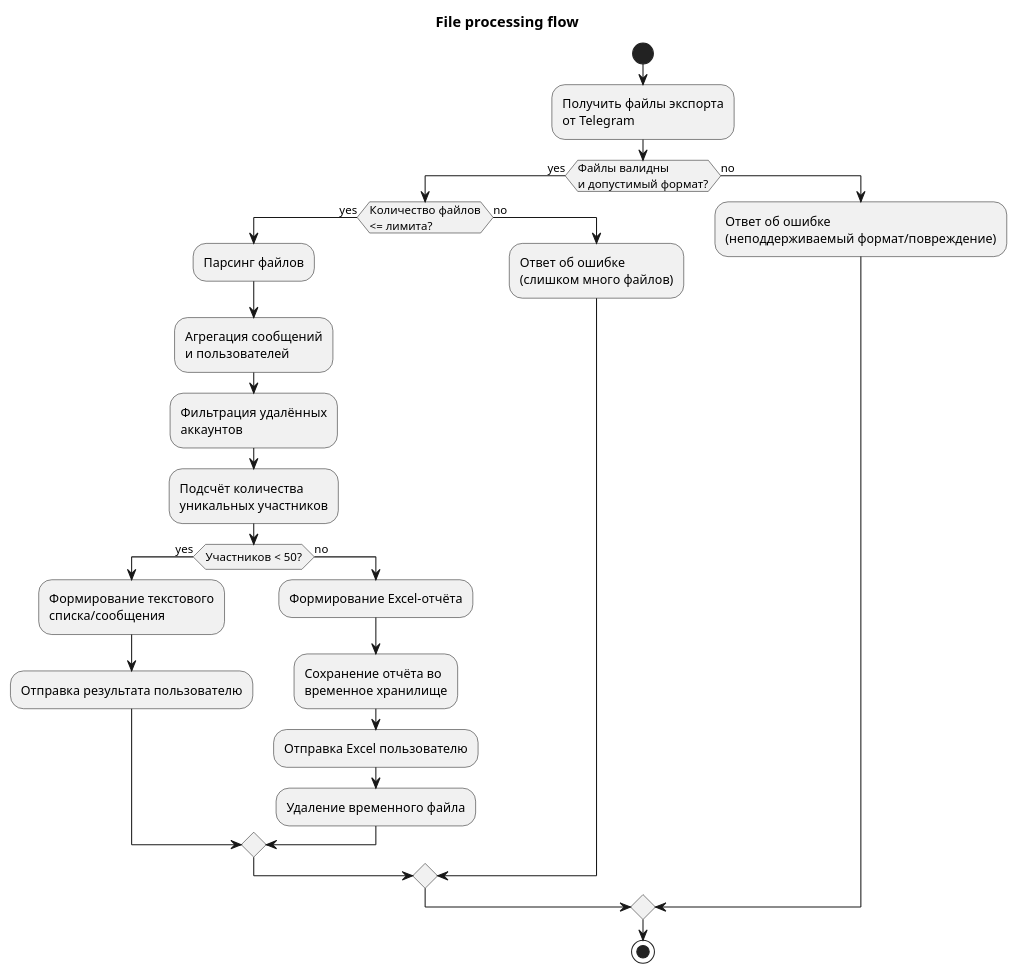
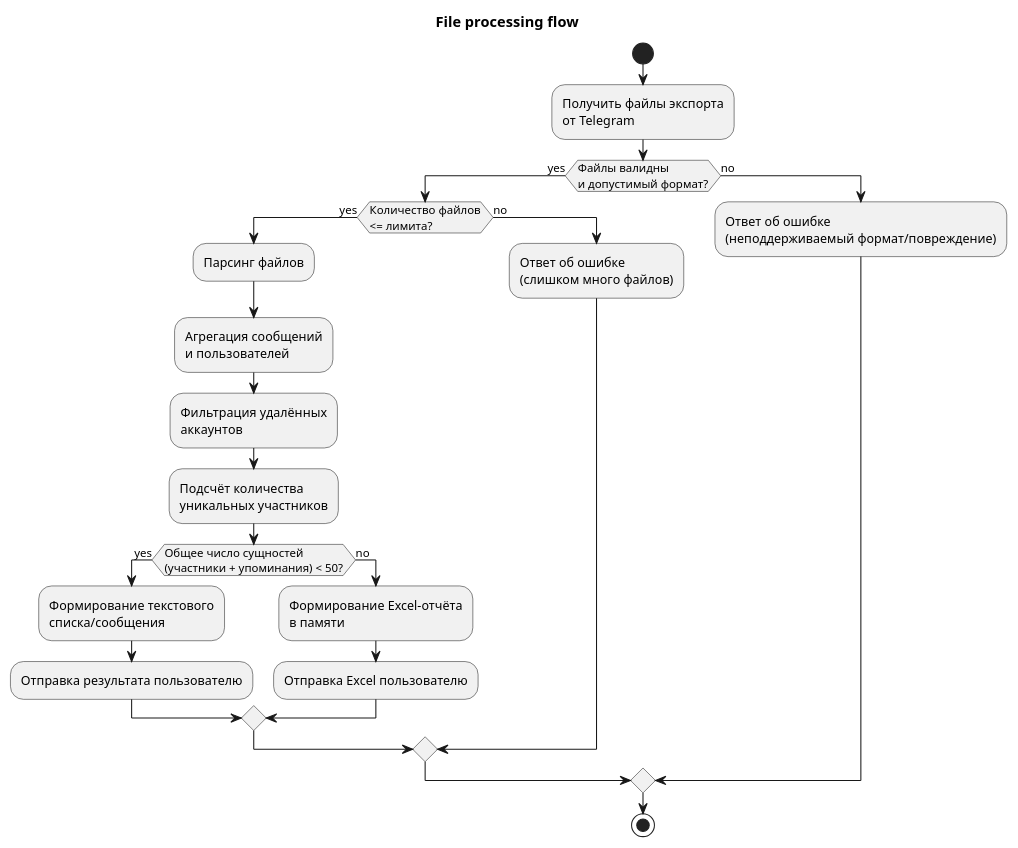
Before and after one commit to vspochernin/chatlas: the diagram in docs/diagrams/flowchart.puml, drawn with PlantUML. The commit also changed 17 other files, not shown here.

```diff
--- a/docs/diagrams/flowchart.puml
+++ b/docs/diagrams/flowchart.puml
@@ -1,30 +1,28 @@
 @startuml flowchart
 title File processing flow
 
 start
 
 :Получить файлы экспорта\nот Telegram;
 if (Файлы валидны\nи допустимый формат?) then (yes)
   if (Количество файлов\n<= лимита?) then (yes)
     :Парсинг файлов;
     :Агрегация сообщений\nи пользователей;
     :Фильтрация удалённых\nаккаунтов;
     :Подсчёт количества\nуникальных участников;
-    if (Участников < 50?) then (yes)
+    if (Общее число сущностей\n(участники + упоминания) < 50?) then (yes)
       :Формирование текстового\nсписка/сообщения;
       :Отправка результата пользователю;
     else (no)
-      :Формирование Excel-отчёта;
-      :Сохранение отчёта во\nвременное хранилище;
+      :Формирование Excel-отчёта\nв памяти;
       :Отправка Excel пользователю;
-      :Удаление временного файла;
     endif
   else (no)
     :Ответ об ошибке\n(слишком много файлов);
   endif
 else (no)
   :Ответ об ошибке\n(неподдерживаемый формат/повреждение);
 endif
 
 stop
 @enduml
```
